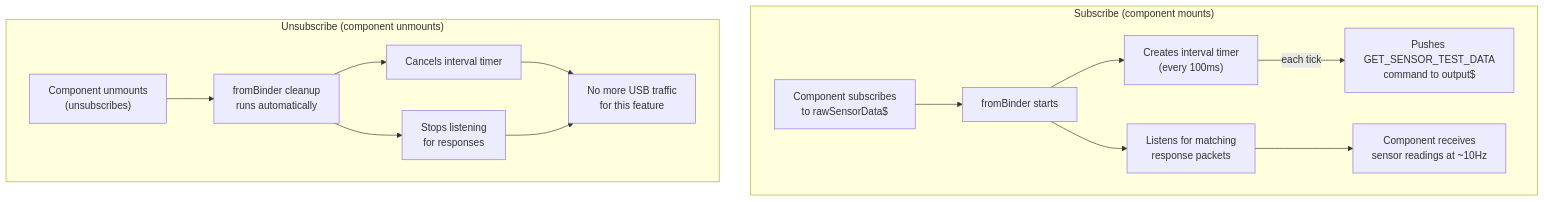
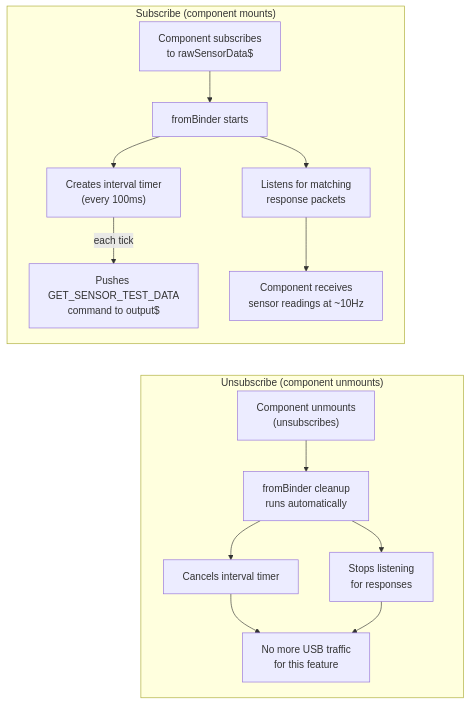
Before and after one commit to noahm/smx-config-web: the sixth of 7 diagrams in docs/bacon-usb-observable-flow.md, drawn with Mermaid.

Commit message:
Stack sensor test mode subgraphs vertically
Add invisible link between subscribe and unsubscribe subgraphs
so Mermaid lays them out top-to-bottom instead of side-by-side.

https://claude.ai/code/session_01XVKKb7fWyunNYfhSJcnUSd

````diff
--- a/docs/bacon-usb-observable-flow.md
+++ b/docs/bacon-usb-observable-flow.md
@@ -157,18 +157,20 @@
 ```mermaid
 graph TD
     subgraph "Subscribe (component mounts)"
         A["Component subscribes\nto rawSensorData$"] --> B["fromBinder starts"]
         B --> C["Creates interval timer\n(every 100ms)"]
         B --> D["Listens for matching\nresponse packets"]
         C -- "each tick" --> E["Pushes GET_SENSOR_TEST_DATA\ncommand to output$"]
         D --> F["Component receives\nsensor readings at ~10Hz"]
     end
 
+    F ~~~ G
+
     subgraph "Unsubscribe (component unmounts)"
         G["Component unmounts\n(unsubscribes)"] --> H["fromBinder cleanup\nruns automatically"]
         H --> I["Cancels interval timer"]
         H --> J["Stops listening\nfor responses"]
         I --> K["No more USB traffic\nfor this feature"]
         J --> K
     end
 ```
````
